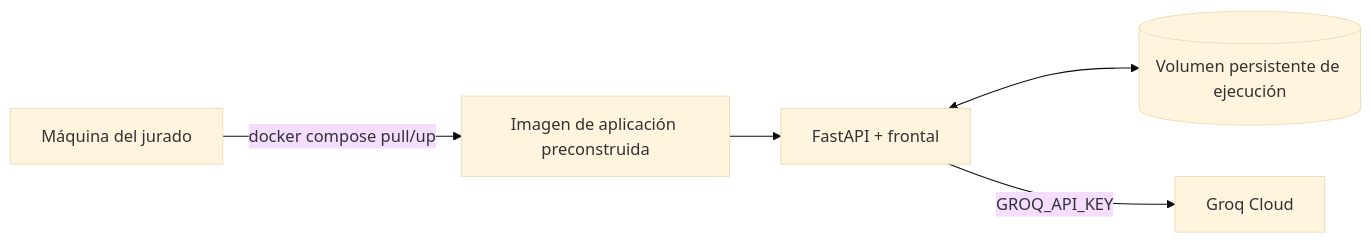
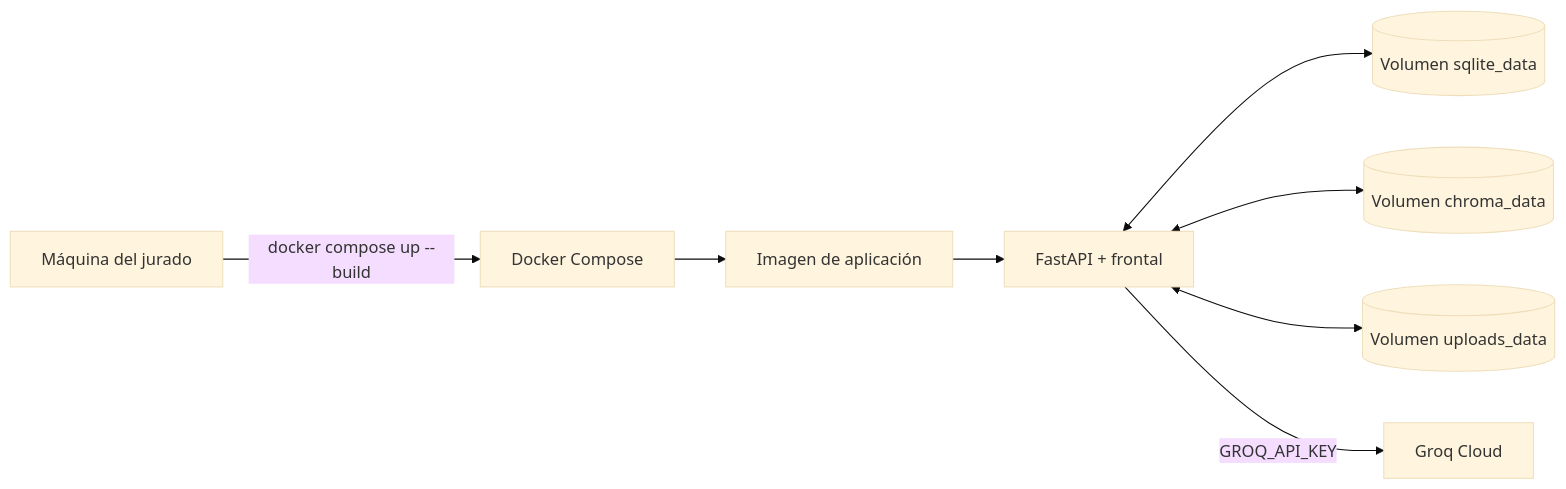
The fifth of 5 diagrams in docs/ARCHITECTURE-DIAGRAM.md (Edigiraldo/tech-sphere-challenge), drawn with Mermaid (base theme) before and after one commit. The commit also changed other lines of this file and 7 other files, not shown here.

````diff
--- a/docs/ARCHITECTURE-DIAGRAM.md
+++ b/docs/ARCHITECTURE-DIAGRAM.md
@@ -230,13 +232,19 @@
 ```mermaid
 flowchart LR
     Judge[Máquina del jurado]
-    Image[Imagen de aplicación preconstruida]
-    Volume[(Volumen persistente de ejecución)]
+    Image[Imagen de aplicación]
+    Compose[Docker Compose]
+    SQLite[(Volumen sqlite_data)]
+    Chroma[(Volumen chroma_data)]
+    Uploads[(Volumen uploads_data)]
     App[FastAPI + frontal]
     Groq[Groq Cloud]
 
-    Judge -->|docker compose pull/up| Image
+    Judge -->|docker compose up --build| Compose
+    Compose --> Image
     Image --> App
-    App <--> Volume
+    App <--> SQLite
+    App <--> Chroma
+    App <--> Uploads
     App -->|GROQ_API_KEY| Groq
 ```
````
